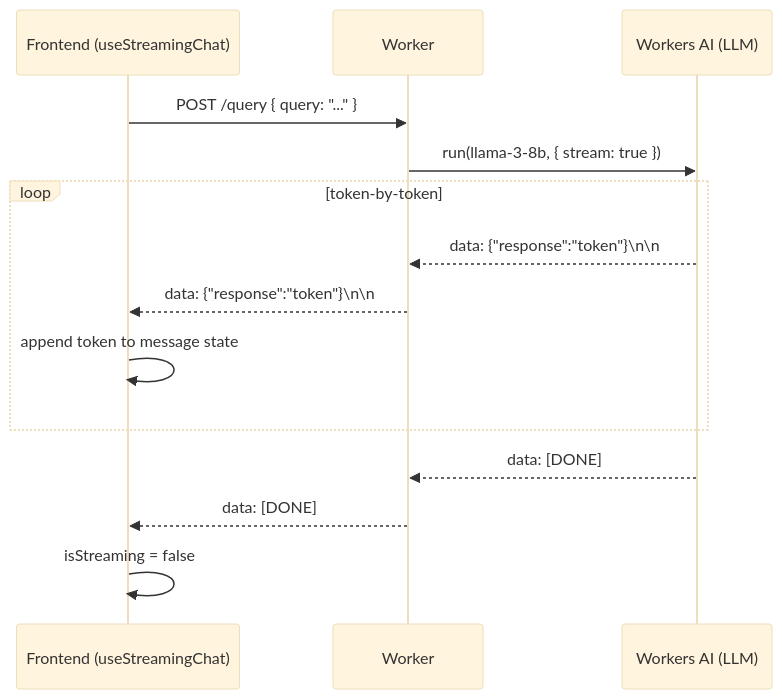
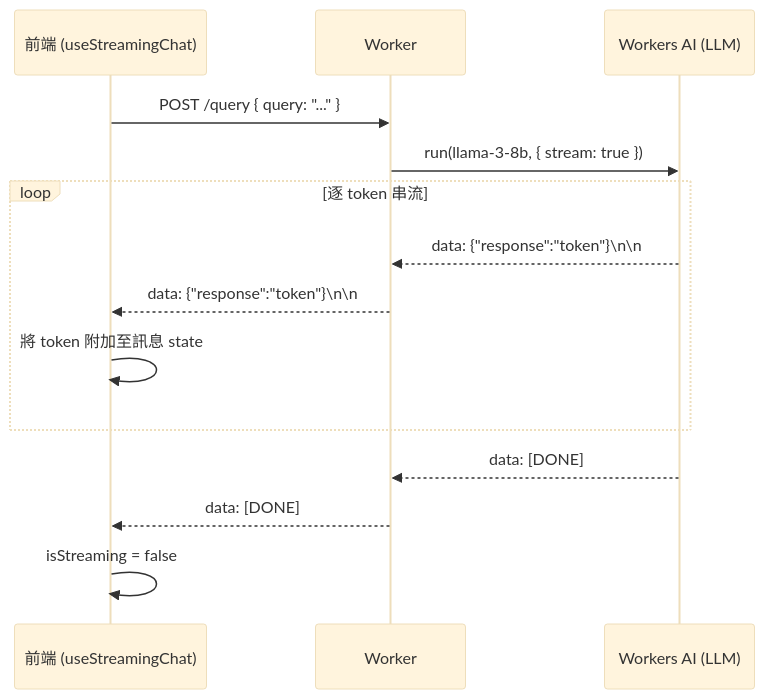
One commit to a920604a/self-reusme-website changed the fifth of 7 diagrams in docs/architecture.md. Above: the diagram before and after it, drawn with Mermaid (base theme). The commit also changed other lines of this file, not shown here.

Commit message:
feat: enhance architecture documentation with detailed component diagrams and data flow

````diff
--- a/docs/architecture.md
+++ b/docs/architecture.md
@@ -113,17 +113,17 @@
 ```mermaid
 sequenceDiagram
-    participant FE as Frontend (useStreamingChat)
+    participant FE as 前端 (useStreamingChat)
     participant W as Worker
     participant LLM as Workers AI (LLM)
 
     FE->>W: POST /query { query: "..." }
     W->>LLM: run(llama-3-8b, { stream: true })
-    loop token-by-token
+    loop 逐 token 串流
         LLM-->>W: data: {"response":"token"}\n\n
         W-->>FE: data: {"response":"token"}\n\n
-        FE->>FE: append token to message state
+        FE->>FE: 將 token 附加至訊息 state
     end
     LLM-->>W: data: [DONE]
     W-->>FE: data: [DONE]
     FE->>FE: isStreaming = false
 ```
````
